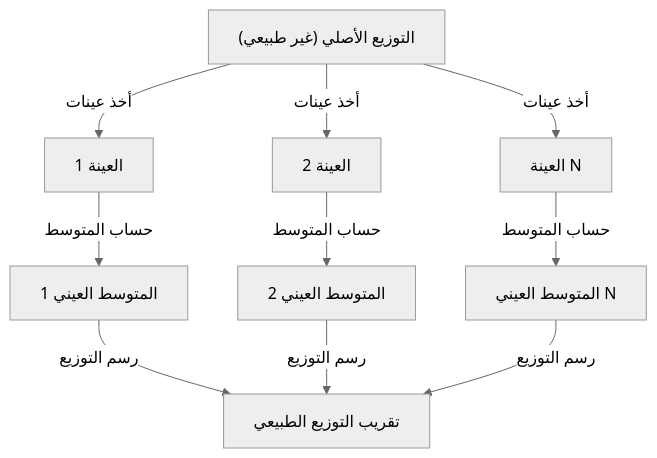
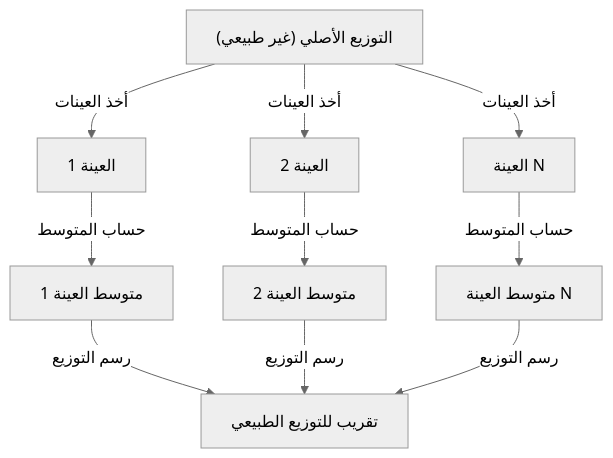
One commit to kenjinote/blog changed the diagram in content/post/central-limit-theorem/index.ar.md. Above: the diagram before and after it, drawn with Mermaid (neutral theme). The commit also changed other lines of this file and 97 other files, not shown here.

````diff
--- a/content/post/central-limit-theorem/index.ar.md
+++ b/content/post/central-limit-theorem/index.ar.md
@@ -43,12 +43,12 @@
 ```mermaid
 graph TD
-    A["التوزيع الأصلي (غير طبيعي)"] -->|"أخذ عينات"| B["العينة 1"]
-    A -->|"أخذ عينات"| C["العينة 2"]
-    A -->|"أخذ عينات"| D["العينة N"]
-    B -->|"حساب المتوسط"| E["المتوسط العيني 1"]
-    C -->|"حساب المتوسط"| F["المتوسط العيني 2"]
-    D -->|"حساب المتوسط"| G["المتوسط العيني N"]
-    E -->|"رسم التوزيع"| H["تقريب التوزيع الطبيعي"]
+    A["التوزيع الأصلي (غير طبيعي)"] -->|"أخذ العينات"| B["العينة 1"]
+    A -->|"أخذ العينات"| C["العينة 2"]
+    A -->|"أخذ العينات"| D["العينة N"]
+    B -->|"حساب المتوسط"| E["متوسط العينة 1"]
+    C -->|"حساب المتوسط"| F["متوسط العينة 2"]
+    D -->|"حساب المتوسط"| G["متوسط العينة N"]
+    E -->|"رسم التوزيع"| H["تقريب للتوزيع الطبيعي"]
     F -->|"رسم التوزيع"| H
     G -->|"رسم التوزيع"| H
 ```
````
